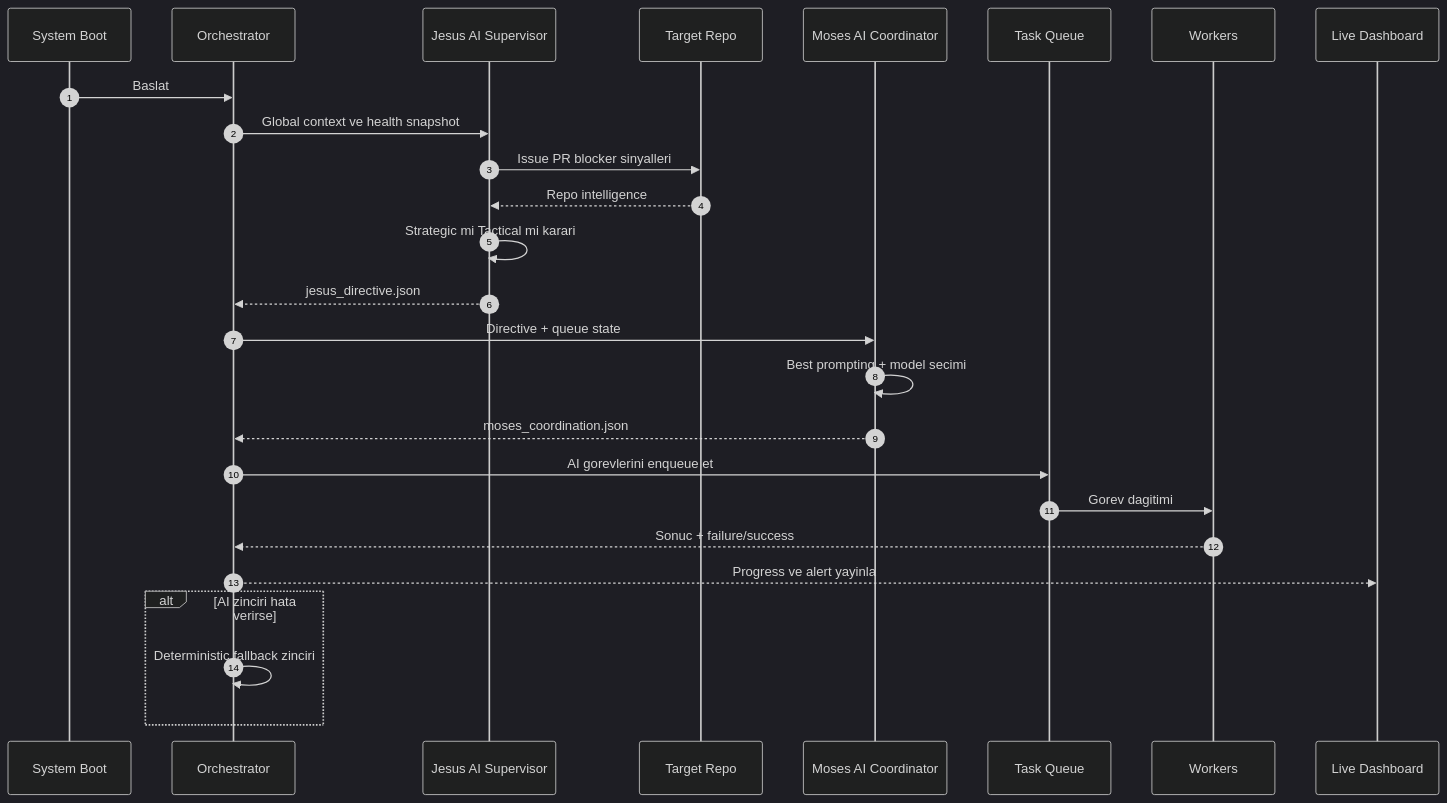
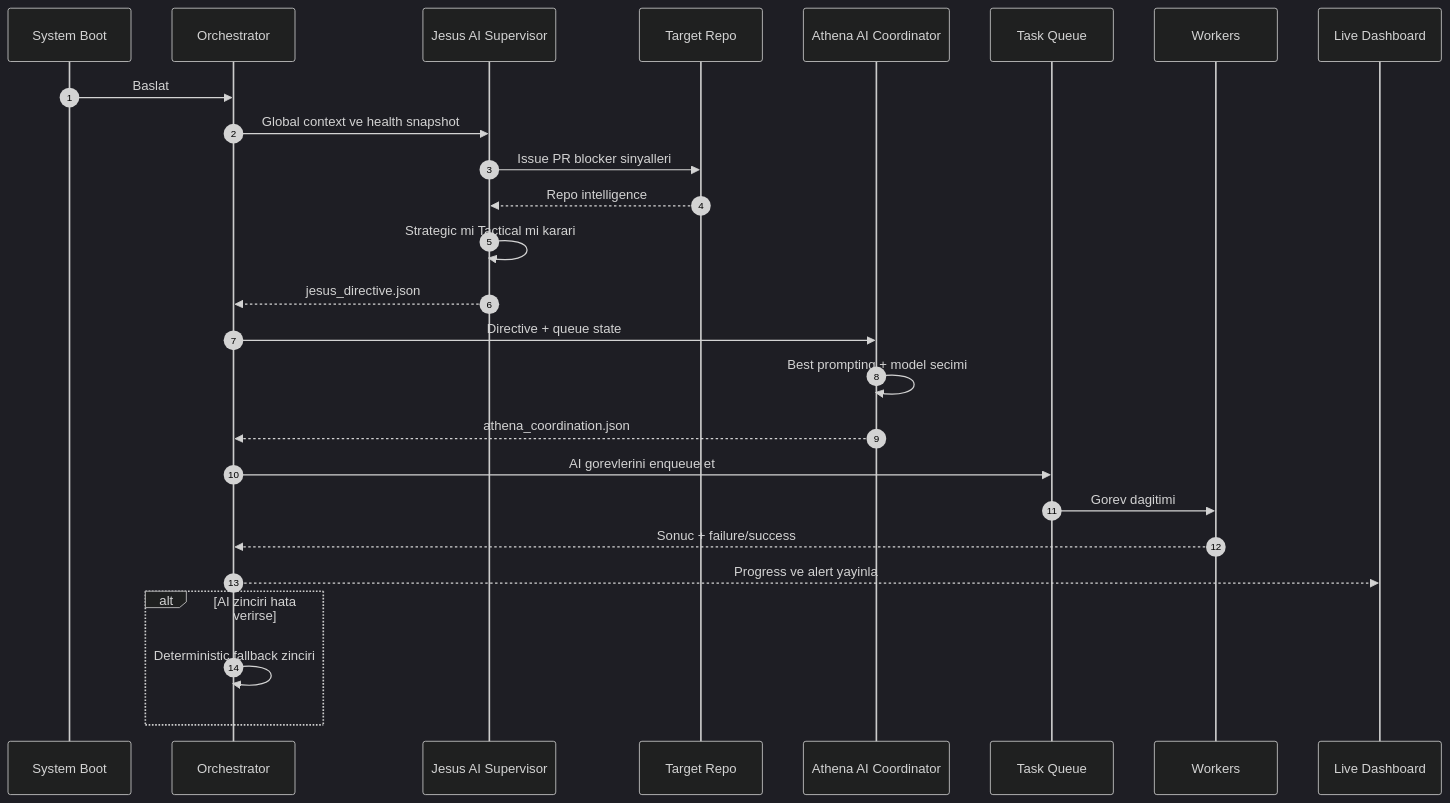
Before and after one commit to CanerDoqdu/Box: the second of 3 diagrams in docs/new-architecture-diagrams.md, drawn with Mermaid (dark theme). The commit also changed other lines of this file and 21 other files, not shown here.

````diff
--- a/docs/new-architecture-diagrams.md
+++ b/docs/new-architecture-diagrams.md
@@ -81,32 +81,32 @@
 ```mermaid
 sequenceDiagram
   autonumber
   participant Boot as System Boot
   participant Orch as Orchestrator
   participant Jesus as Jesus AI Supervisor
   participant GitHub as Target Repo
-  participant Moses as Moses AI Coordinator
+  participant Athena as Athena AI Coordinator
   participant Queue as Task Queue
   participant Worker as Workers
   participant Dash as Live Dashboard
 
   Boot->>Orch: Baslat
   Orch->>Jesus: Global context ve health snapshot
   Jesus->>GitHub: Issue PR blocker sinyalleri
   GitHub-->>Jesus: Repo intelligence
   Jesus->>Jesus: Strategic mi Tactical mi karari
   Jesus-->>Orch: jesus_directive.json
 
-  Orch->>Moses: Directive + queue state
-  Moses->>Moses: Best prompting + model secimi
-  Moses-->>Orch: moses_coordination.json
+  Orch->>Athena: Directive + queue state
+  Athena->>Athena: Best prompting + model secimi
+  Athena-->>Orch: athena_coordination.json
 
   Orch->>Queue: AI gorevlerini enqueue et
   Queue->>Worker: Gorev dagitimi
   Worker-->>Orch: Sonuc + failure/success
   Orch-->>Dash: Progress ve alert yayinla
 
   alt AI zinciri hata verirse
     Orch->>Orch: Deterministic fallback zinciri
   end
 ```
````
